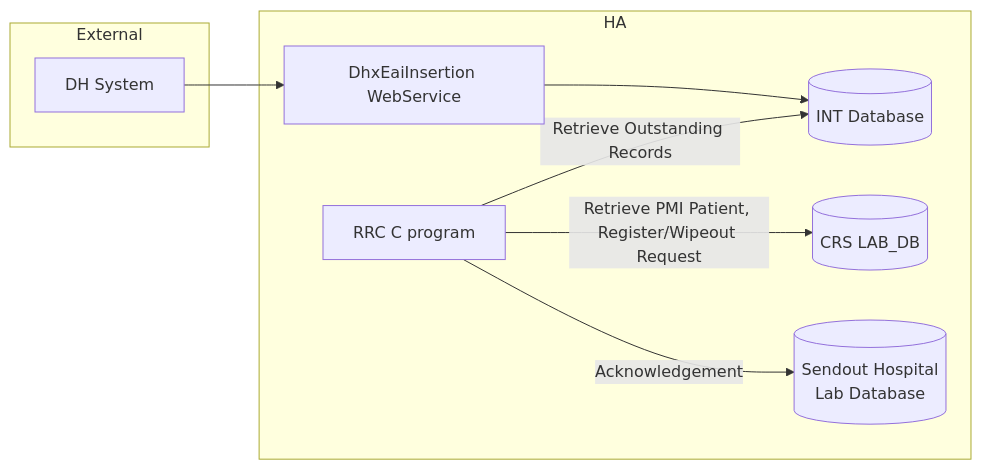
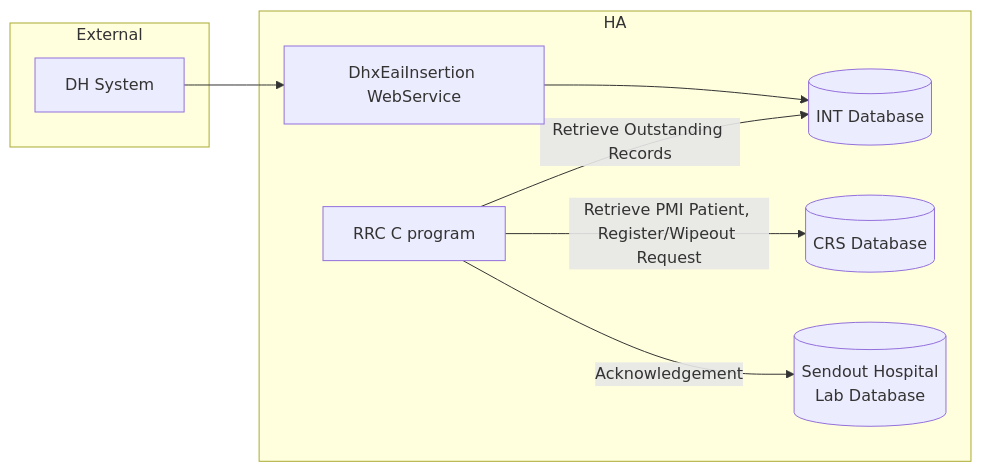
One commit to DragonChong/HA-Notes changed the second of 3 diagrams in LIS/JIRA/Develop cloud application `lis-dhx-rrc-svc` to replace the legacy RRC worker and support dynamic Sybase-PostgreSQL database connectivity during DB migration.md. Above: the diagram before and after it, drawn with Mermaid.

Commit message:
vault backup: 2026-07-20 15:27:40

````diff
--- a/LIS/JIRA/Develop cloud application `lis-dhx-rrc-svc` to replace the legacy RRC worker and support dynamic Sybase-PostgreSQL database connectivity during DB migration.md
+++ b/LIS/JIRA/Develop cloud application `lis-dhx-rrc-svc` to replace the legacy RRC worker and support dynamic Sybase-PostgreSQL database connectivity during DB migration.md
@@ -141,17 +141,17 @@
 ```mermaid
 flowchart LR
     subgraph External["External"]
         DH["DH System"]
     end
     subgraph HA["HA"]
         WS["DhxEaiInsertion WebService"]
         INT_DB[("INT Database")]
         C_RRC["RRC C program"]
-        CRS_DB[("CRS LAB_DB")]
+        CRS_DB[("CRS Database")]
         HOSP_DB[("Sendout Hospital<br>Lab Database")]
     end
     DH --> WS --> INT_DB
     C_RRC -- Retrieve Outstanding Records --> INT_DB
     C_RRC -- Retrieve PMI Patient, Register/Wipeout Request--> CRS_DB
     C_RRC -- Acknowledgement--> HOSP_DB
 ```
````
